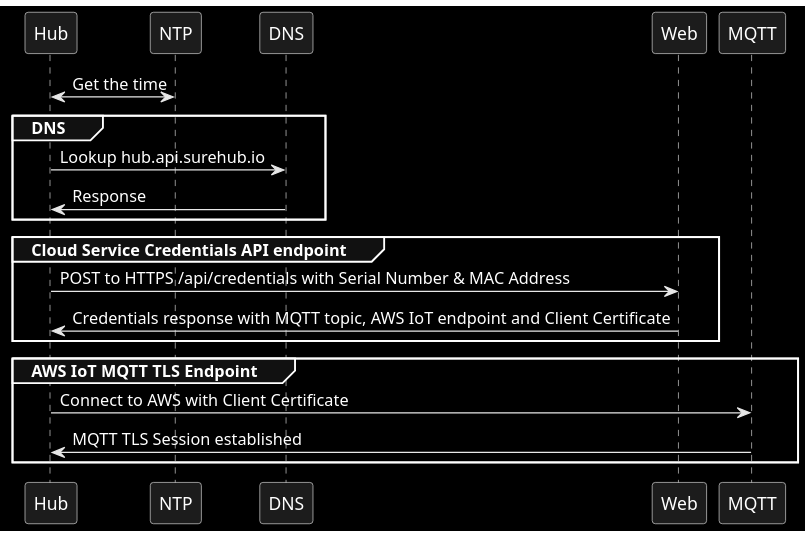
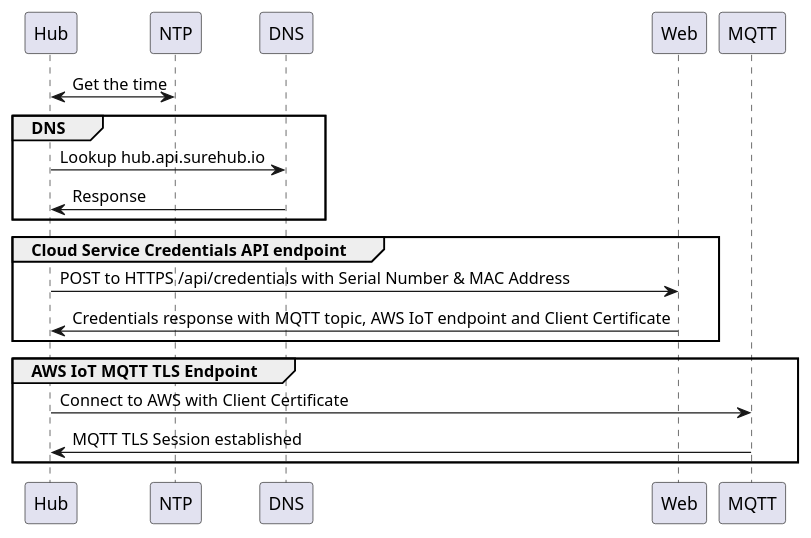
The diagram in docs/SurePet.iuml (plambrechtsen/pethublocal), drawn with PlantUML before and after one commit. The commit also changed 3 other files, not shown here.

```diff
--- a/docs/SurePet.iuml
+++ b/docs/SurePet.iuml
@@ -2,16 +2,15 @@
 @startuml
-    skinparam monochrome reverse
     Hub <-> NTP : Get the time
     group DNS
     Hub -> DNS : Lookup hub.api.surehub.io
     DNS -> Hub : Response
     end group
     group Cloud Service Credentials API endpoint
     Hub -> Web : POST to HTTPS /api/credentials with Serial Number & MAC Address
     Web -> Hub : Credentials response with MQTT topic, AWS IoT endpoint and Client Certificate
     end group
     group AWS IoT MQTT TLS Endpoint
     Hub -> MQTT : Connect to AWS with Client Certificate
     MQTT -> Hub : MQTT TLS Session established
     end group
 @enduml
```
